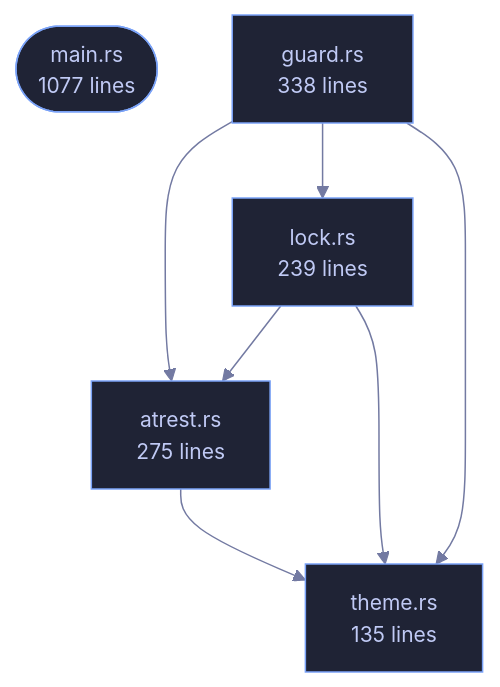
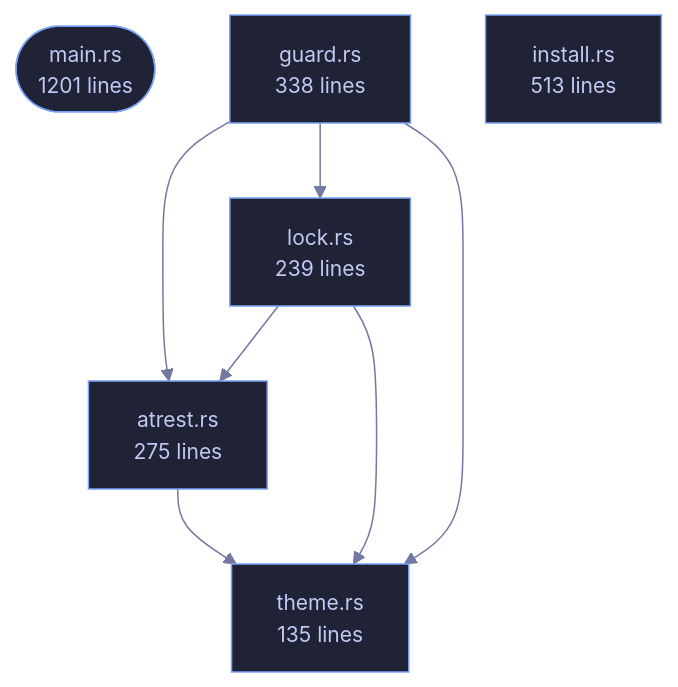
The diagram in crates/veilvoice-cli/README.md (tilas01/veilvoice), drawn with Mermaid before and after one commit. The commit also changed other lines of this file and 16 other files, not shown here.

````diff
--- a/crates/veilvoice-cli/README.md
+++ b/crates/veilvoice-cli/README.md
@@ -80,15 +80,16 @@
 ```mermaid
 %%{init: {"theme":"base","themeVariables":{"background":"#1a1b26","primaryColor":"#1f2335","primaryTextColor":"#c0caf5","primaryBorderColor":"#7aa2f7","secondaryColor":"#16161e","tertiaryColor":"#16161e","lineColor":"#737aa2","textColor":"#c0caf5","mainBkg":"#1f2335","nodeBorder":"#7aa2f7","clusterBkg":"#16161e","clusterBorder":"#2f3549","fontFamily":"ui-monospace, SFMono-Regular, Consolas, monospace","fontSize":"14px"}}}%%
 flowchart TD
-    n_main(["main.rs<br/>1077 lines"])
+    n_main(["main.rs<br/>1201 lines"])
     n_atrest["atrest.rs<br/>275 lines"]
     n_guard["guard.rs<br/>338 lines"]
+    n_install["install.rs<br/>513 lines"]
     n_lock["lock.rs<br/>239 lines"]
     n_theme["theme.rs<br/>135 lines"]
     n_atrest --> n_theme
     n_guard --> n_atrest
     n_guard --> n_lock
     n_guard --> n_theme
     n_lock --> n_atrest
     n_lock --> n_theme
 ```
````
